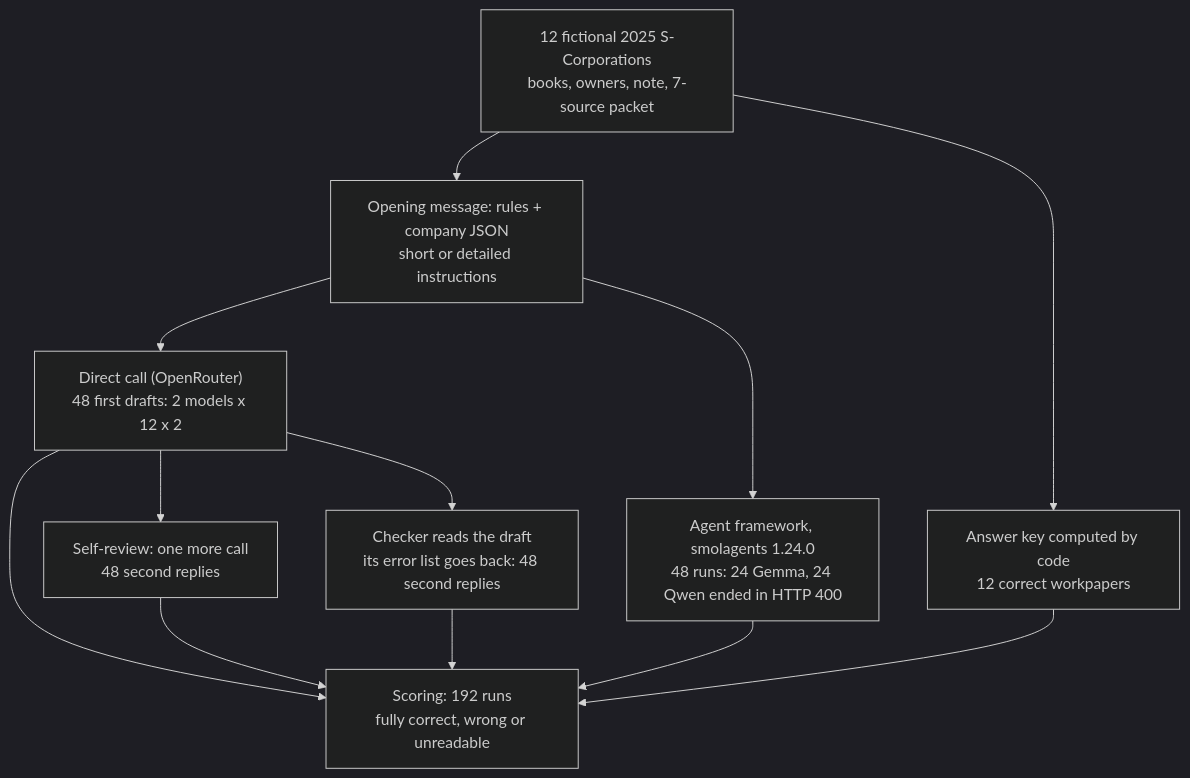
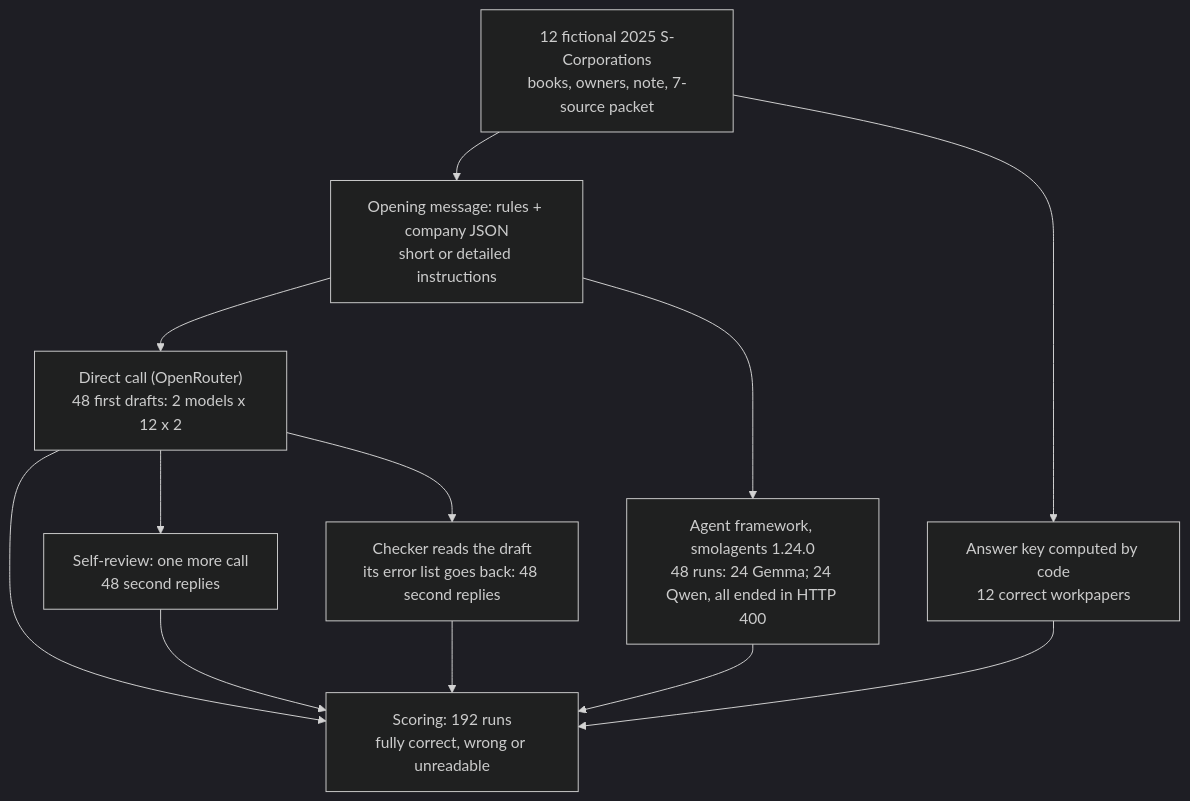
One commit to k-sandhu/experiment-notebooks changed the first of 2 diagrams in notebooks/12-tax-research-harnesses/README.md. Above: the diagram before and after it, drawn with Mermaid (dark theme). The commit also changed other lines of this file and 1 other file, not shown here.

Commit message:
Remove bold lead-ins and clarify the framework count in notebook 12

````diff
--- a/notebooks/12-tax-research-harnesses/README.md
+++ b/notebooks/12-tax-research-harnesses/README.md
@@ -137,14 +135,14 @@
 ```mermaid
 flowchart TD
     A["12 fictional 2025 S-Corporations<br/>books, owners, note, 7-source packet"] --> K["Answer key computed by code<br/>12 correct workpapers"]
     A --> P["Opening message: rules + company JSON<br/>short or detailed instructions"]
     P --> D["Direct call (OpenRouter)<br/>48 first drafts: 2 models x 12 x 2"]
     D --> SR["Self-review: one more call<br/>48 second replies"]
     D --> CK["Checker reads the draft<br/>its error list goes back: 48 second replies"]
-    P --> F["Agent framework, smolagents 1.24.0<br/>48 runs: 24 Gemma, 24 Qwen ended in HTTP 400"]
+    P --> F["Agent framework, smolagents 1.24.0<br/>48 runs: 24 Gemma; 24 Qwen, all ended in HTTP 400"]
     D --> S["Scoring: 192 runs<br/>fully correct, wrong or unreadable"]
     SR --> S
     CK --> S
     F --> S
     K --> S
 ```
````
